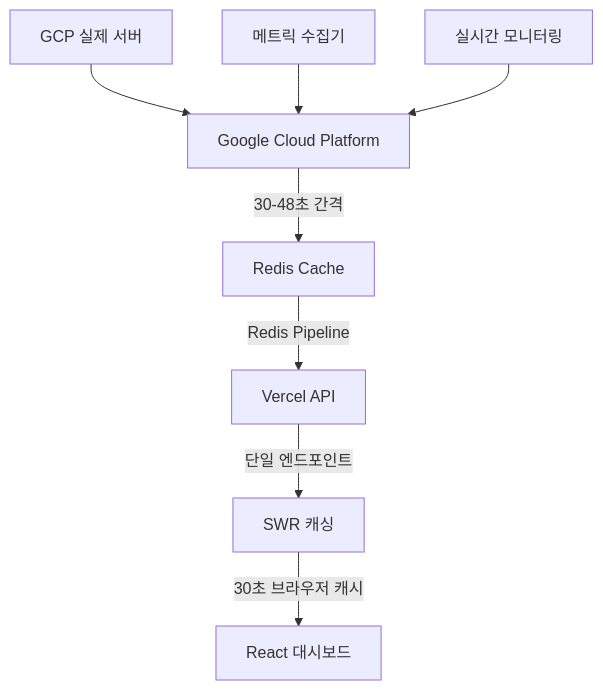
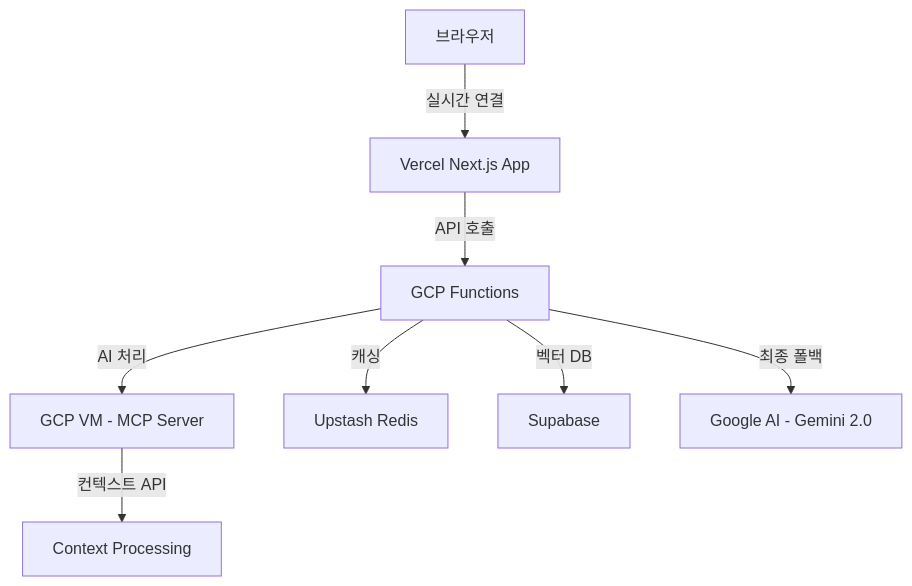
One commit to skyasu2/openmanager-vibe-v5 changed the diagram in docs/system-architecture.md. Above: the diagram before and after it, drawn with Mermaid. The commit also changed other lines of this file and 10 other files, not shown here.

````diff
--- a/docs/system-architecture.md
+++ b/docs/system-architecture.md
@@ -9,11 +9,12 @@
 ```mermaid
 graph TD
-    A[Google Cloud Platform] -->|30-48초 간격| B[Redis Cache]
-    B -->|Redis Pipeline| C[Vercel API]
-    C -->|단일 엔드포인트| D[SWR 캐싱]
-    D -->|30초 브라우저 캐시| E[React 대시보드]
+    A[Vercel Next.js App] -->|API 호출| B[GCP Functions]
+    B -->|AI 처리| C[GCP VM - MCP Server]
+    C -->|컨텍스트 API| D[Context Processing]
     
-    F[GCP 실제 서버] --> A
-    G[메트릭 수집기] --> A
-    H[실시간 모니터링] --> A
+    B -->|캐싱| E[Upstash Redis]
+    B -->|벡터 DB| F[Supabase]
+    B -->|최종 폴백| G[Google AI - Gemini 2.0]
+    
+    H[브라우저] -->|실시간 연결| A
 ```
````
